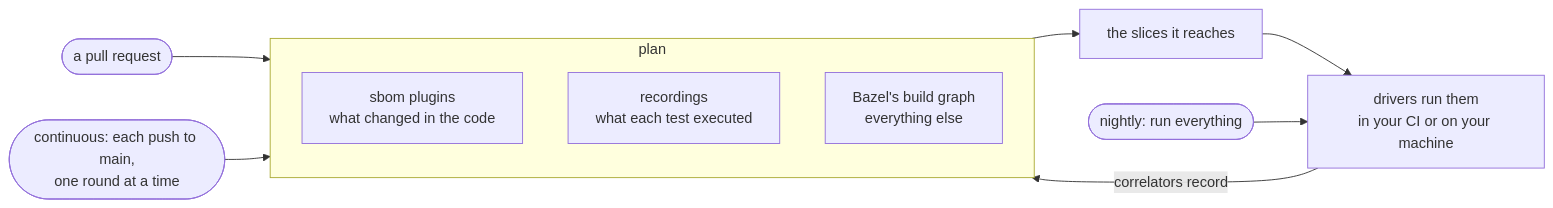
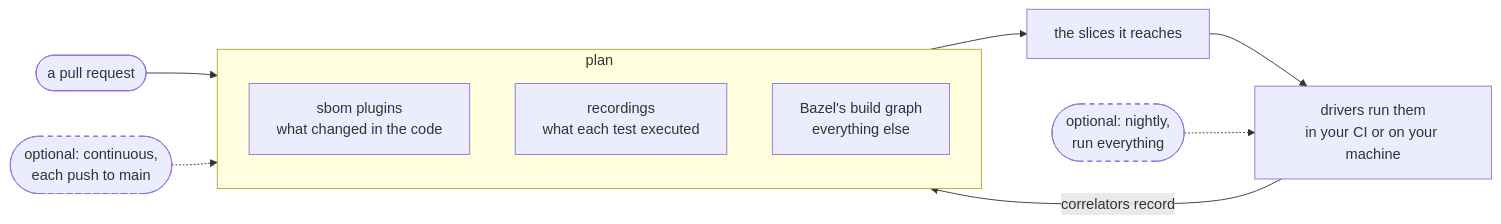
One commit to sideways-works/pipelinegen changed the diagram in README.md. Above: the diagram before and after it, drawn with Mermaid.

Commit message:
docs(readme): continuous and nightly runs are drawn as optional

````diff
--- a/README.md
+++ b/README.md
@@ -66,15 +66,17 @@
 ```mermaid
 flowchart LR
     pr([a pull request]) --> plan
-    continuous([continuous: each push to main,<br/>one round at a time]) --> plan
+    continuous([optional: continuous,<br/>each push to main]) -.-> plan
     subgraph plan [plan]
         direction TB
         sbom[sbom plugins<br/>what changed in the code]
         lists[recordings<br/>what each test executed]
         bazel[Bazel's build graph<br/>everything else]
     end
     plan --> slices[the slices it reaches]
     slices --> run[drivers run them<br/>in your CI or on your machine]
     run -- correlators record --> lists
-    nightly([nightly: run everything]) --> run
+    nightly([optional: nightly,<br/>run everything]) -.-> run
+    classDef optional stroke-dasharray: 5 5
+    class continuous,nightly optional
 ```
````
